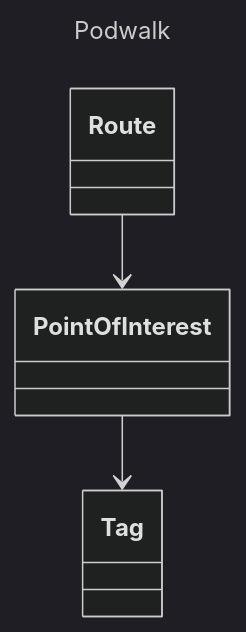
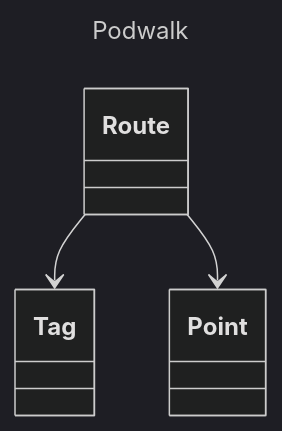
One commit to itk-dev/aapodwalk changed the diagram in README.md. Above: the diagram before and after it, drawn with Mermaid (dark theme). The commit also changed other lines of this file, not shown here.

````diff
--- a/README.md
+++ b/README.md
@@ -23,8 +19,8 @@
 ``` mermaid
 ---
 title: Podwalk
 ---
 classDiagram
-    PointOfInterest --> Tag
-    Route --> PointOfInterest
+    Route --> Tag
+    Route --> Point
 ```
````
